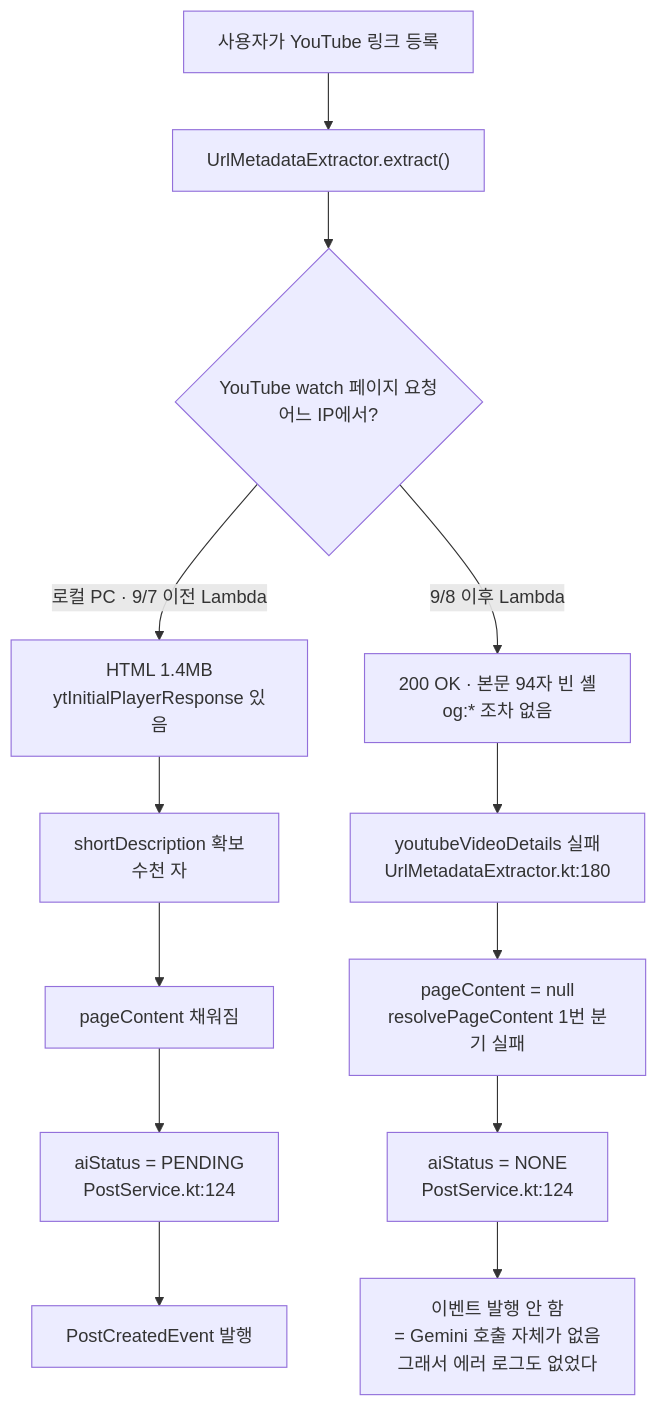
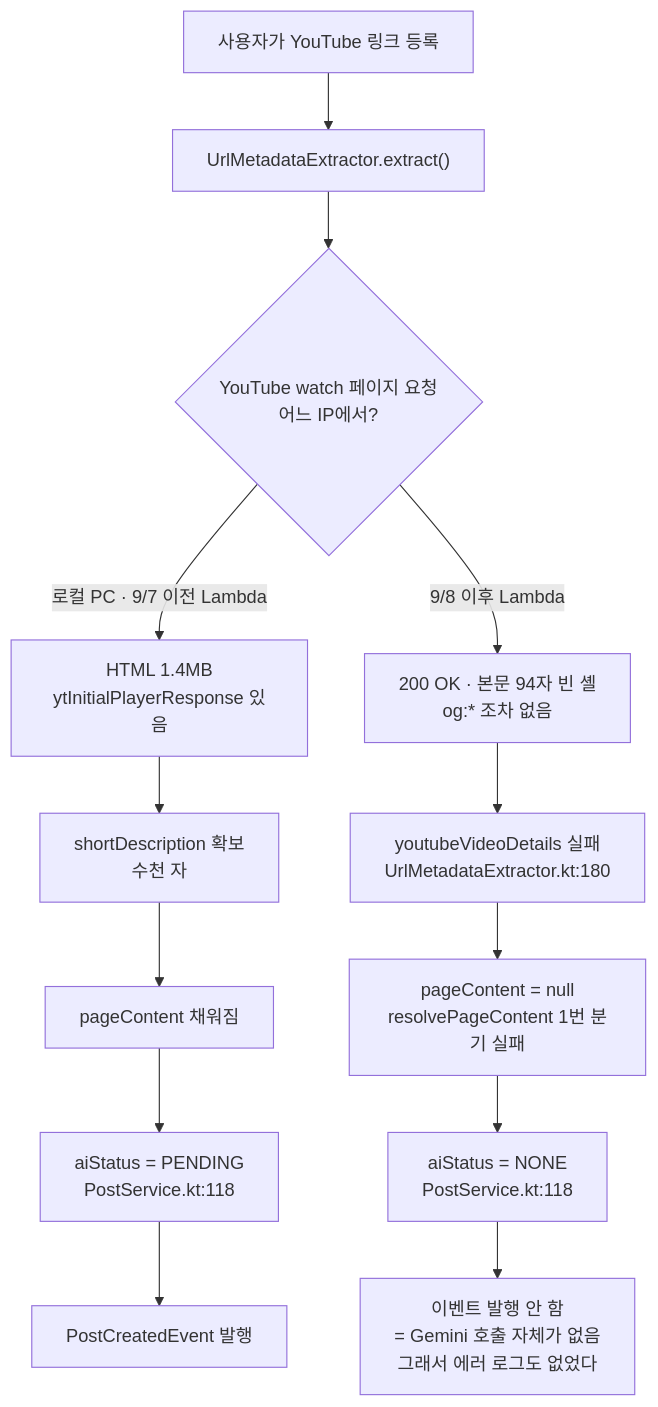
One commit to BAECHAN/link-sphere_BE_NEW changed the first of 3 diagrams in docs/AI-ASYNC-PROCESSING.md. Above: the diagram before and after it, drawn with Mermaid. The commit also changed 20 other files, not shown here.

````diff
--- a/docs/AI-ASYNC-PROCESSING.md
+++ b/docs/AI-ASYNC-PROCESSING.md
@@ -549,20 +549,20 @@
 ```mermaid
 flowchart TD
     A["사용자가 YouTube 링크 등록"] --> B["UrlMetadataExtractor.extract()"]
     B --> C{"YouTube watch 페이지 요청<br/>어느 IP에서?"}
 
     C -->|"로컬 PC · 9/7 이전 Lambda"| D["HTML 1.4MB<br/>ytInitialPlayerResponse 있음"]
     C -->|"9/8 이후 Lambda"| E["200 OK · 본문 94자 빈 셸<br/>og:* 조차 없음"]
 
     D --> F["shortDescription 확보<br/>수천 자"]
     E --> G["youtubeVideoDetails 실패<br/>UrlMetadataExtractor.kt:180"]
 
     F --> H["pageContent 채워짐"]
     G --> I["pageContent = null<br/>resolvePageContent 1번 분기 실패"]
 
-    H --> J["aiStatus = PENDING<br/>PostService.kt:124"]
-    I --> K["aiStatus = NONE<br/>PostService.kt:124"]
+    H --> J["aiStatus = PENDING<br/>PostService.kt:118"]
+    I --> K["aiStatus = NONE<br/>PostService.kt:118"]
 
     J --> L["PostCreatedEvent 발행"]
     K --> M["이벤트 발행 안 함<br/>= Gemini 호출 자체가 없음<br/>그래서 에러 로그도 없었다"]
 ```
````
